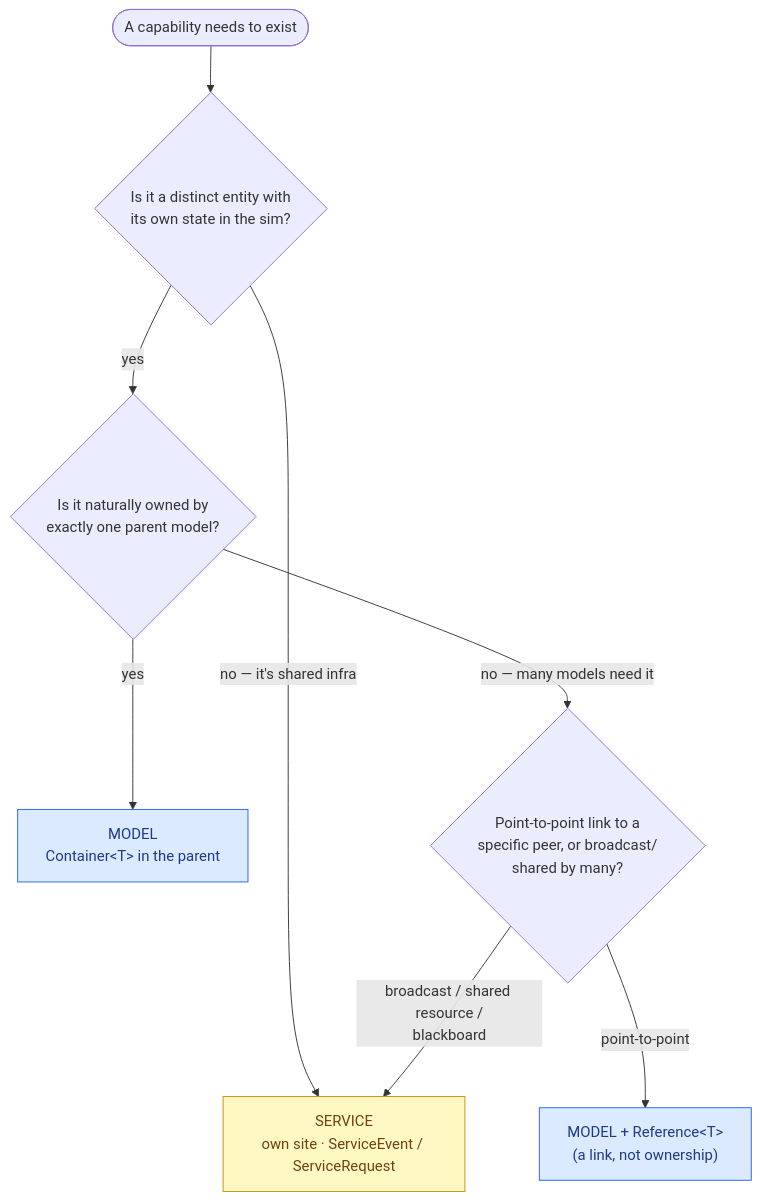
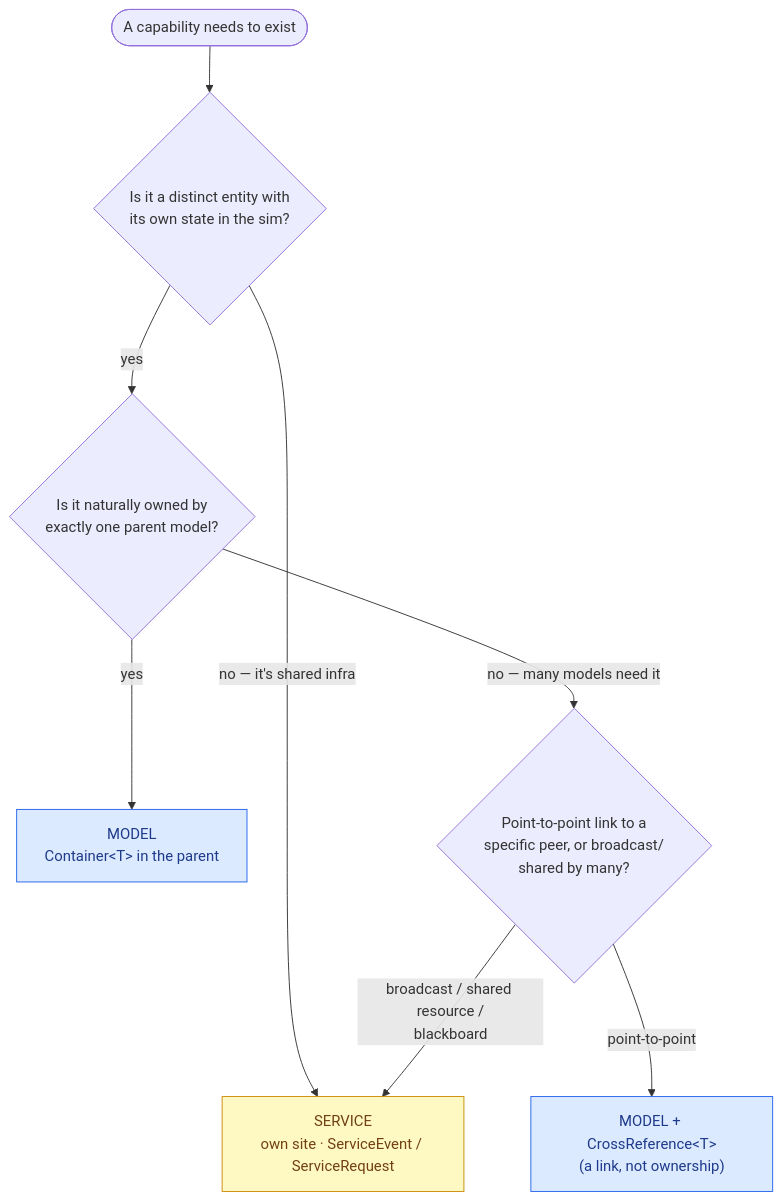
One commit to SimulaSharp-org/simulasharp-docs changed the second of 2 diagrams in public/content/model-vs-service.md. Above: the diagram before and after it, drawn with Mermaid. The commit also changed other lines of this file and 13 other files, not shown here.

First line of the commit message:
docs: sweep narrative pages to the v3 reference model

````diff
--- a/public/content/model-vs-service.md
+++ b/public/content/model-vs-service.md
@@ -62,17 +62,17 @@
 ```mermaid
 flowchart TD
   START(["A capability needs to exist"]) --> Q1
   Q1{"Is it a distinct entity with<br/>its own state in the sim?"}
   Q1 -->|"no — it's shared infra"| SVC
   Q1 -->|"yes"| Q2
   Q2{"Is it naturally owned by<br/>exactly one parent model?"}
   Q2 -->|"yes"| MODEL["MODEL<br/>Container&lt;T&gt; in the parent"]
   Q2 -->|"no — many models need it"| Q3
   Q3{"Point-to-point link to a<br/>specific peer, or broadcast/<br/>shared by many?"}
-  Q3 -->|"point-to-point"| REF["MODEL + Reference&lt;T&gt;<br/>(a link, not ownership)"]
+  Q3 -->|"point-to-point"| REF["MODEL + CrossReference&lt;T&gt;<br/>(a link, not ownership)"]
   Q3 -->|"broadcast / shared resource /<br/>blackboard"| SVC["SERVICE<br/>own site · ServiceEvent / ServiceRequest"]
   classDef m fill:#dbeafe,stroke:#2563eb,color:#1e3a8a;
   classDef s fill:#fef9c3,stroke:#ca8a04,color:#713f12;
   class MODEL,REF m;
   class SVC s;
 ```
````
